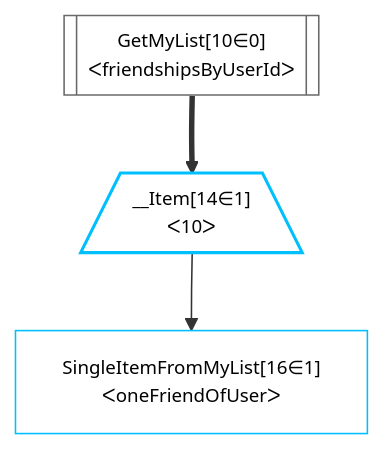
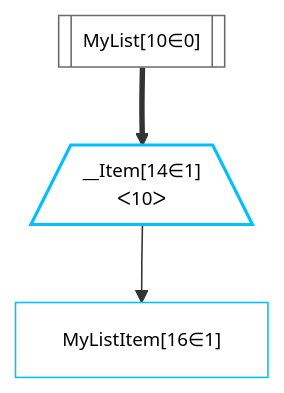
The diagram in grafast/website/examples/step-classes/listItem.mermaid (graphile/crystal), drawn with Mermaid before and after one commit. The commit also changed other lines of this file and 1 other file, not shown here.

```diff
--- a/grafast/website/examples/step-classes/listItem.mermaid
+++ b/grafast/website/examples/step-classes/listItem.mermaid
@@ -1,29 +1,17 @@
 %%{init: {'themeVariables': { 'fontSize': '12px'}}}%%
 flowchart TD
+  classDef plan fill:#fff,stroke-width:1px,color:#000
+  classDef itemplan fill:#fff,stroke-width:2px,color:#000
 
-    classDef plan fill:#fff,stroke-width:1px,color:#000
-    classDef itemplan fill:#fff,stroke-width:2px,color:#000
+  %% plan dependencies
+  MyList[["MyList[10∈0]"]]:::plan
+  __Item14[/"__Item[14∈1]<br />ᐸ10ᐳ"\]:::itemplan
+  MyListItem["MyListItem[16∈1]"]:::plan
+  MyList ==> __Item14
+  __Item14 --> MyListItem
 
-
-    %% plan dependencies
-
-
-    GetMyList[["GetMyList[10∈0] <br />ᐸfriendshipsByUserIdᐳ"]]:::plan
- 
-    __Item14[/"__Item[14∈1]<br />ᐸ10ᐳ"\]:::itemplan
-
-    SingleItem["SingleItemFromMyList[16∈1]<br />ᐸoneFriendOfUserᐳ"]:::plan
-
-
-
-    GetMyList ==> __Item14
-
-    __Item14 --> SingleItem
-
-   
-    %% buckets 
-    classDef bucket0 stroke:#696969
-    class GetMyList bucket0
-
-    classDef bucket1 stroke:#00bfff
-    class __Item14,SingleItem bucket1
+  %% buckets 
+  classDef bucket0 stroke:#696969
+  class MyList bucket0
+  classDef bucket1 stroke:#00bfff
+  class __Item14,MyListItem bucket1
```
